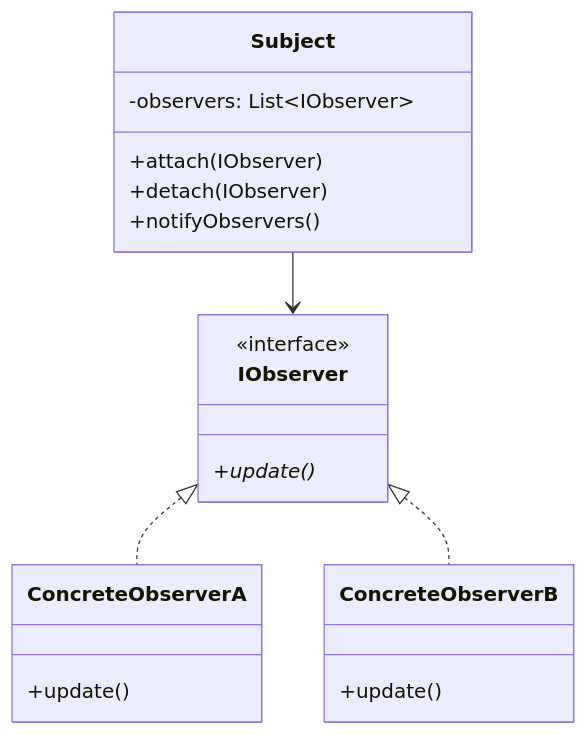
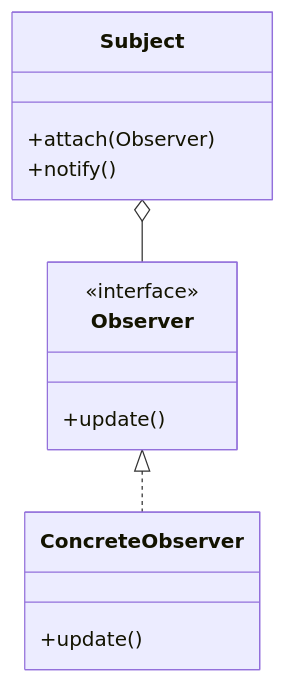
One commit to kumachan1101-pixel/DesignPattern changed the sixth of 6 diagrams in kindle/design-patterns/output/chapter07.md. Above: the diagram before and after it, drawn with Mermaid. The commit also changed other lines of this file and 11 other files, not shown here.

````diff
--- a/kindle/design-patterns/output/chapter07.md
+++ b/kindle/design-patterns/output/chapter07.md
@@ -1064,22 +889,17 @@
 ```mermaid
 classDiagram
     class Subject {
-        -observers: List~IObserver~
-        +attach(IObserver)
-        +detach(IObserver)
-        +notifyObservers()
+        +attach(Observer)
+        +notify()
     }
-    class IObserver {
+    class Observer {
         <<interface>>
-        +update()*
-    }
-    class ConcreteObserverA {
         +update()
     }
-    class ConcreteObserverB {
+    class ConcreteObserver {
         +update()
     }
-    Subject --> IObserver
-    IObserver <|.. ConcreteObserverA
-    IObserver <|.. ConcreteObserverB
+    Subject o-- Observer
+    Observer <|.. ConcreteObserver
+
 ```
````
